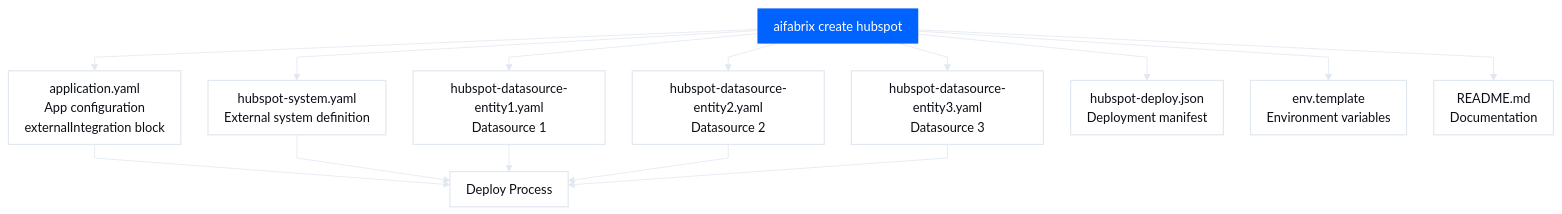
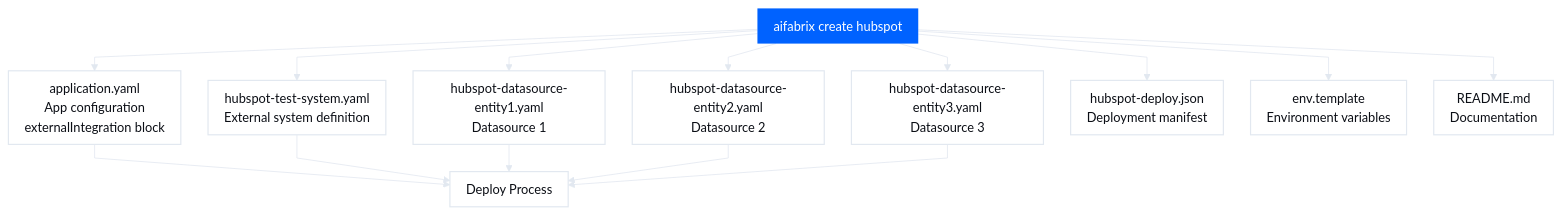
Before and after one commit to esystemsdev/aifabrix-builder: the second of 3 diagrams in docs/external-systems.md, drawn with Mermaid. The commit also changed other lines of this file and 113 other files, not shown here.

````diff
--- a/docs/external-systems.md
+++ b/docs/external-systems.md
@@ -163,49 +163,49 @@
 ```mermaid
 %%{init: {
   "theme": "base",
   "themeVariables": {
     "fontFamily": "Poppins, Arial Rounded MT Bold, Arial, sans-serif",
     "fontSize": "16px",
     "background": "#FFFFFF",
     "primaryColor": "#F8FAFC",
     "primaryTextColor": "#0B0E15",
     "primaryBorderColor": "#E2E8F0",
     "lineColor": "#E2E8F0",
     "textColor": "#0B0E15",
     "borderRadius": 16
   },
   "flowchart": {
     "curve": "linear",
     "nodeSpacing": 34,
     "rankSpacing": 34,
     "padding": 10
   }
 }}%%
 
 flowchart TD
 
 %% =======================
 %% Styles
 %% =======================
 classDef base fill:#FFFFFF,color:#0B0E15,stroke:#E2E8F0,stroke-width:1.5px;
 classDef medium fill:#1E3A8A,color:#ffffff,stroke-width:0px;
 classDef primary fill:#0062FF,color:#ffffff,stroke-width:0px;
 
 %% =======================
 %% Flow
 %% =======================
 Create[aifabrix create hubspot]:::primary --> Variables[application.yaml<br/>App configuration<br/>externalIntegration block]:::base
-Create --> SystemYaml[hubspot-system.yaml<br/>External system definition]:::base
+Create --> SystemYaml[hubspot-test-system.yaml<br/>External system definition]:::base
 Create --> Datasource1[hubspot-datasource-entity1.yaml<br/>Datasource 1]:::base
 Create --> Datasource2[hubspot-datasource-entity2.yaml<br/>Datasource 2]:::base
 Create --> Datasource3[hubspot-datasource-entity3.yaml<br/>Datasource 3]:::base
 Create --> DeployManifest[hubspot-deploy.json<br/>Deployment manifest]:::base
 Create --> EnvTemplate[env.template<br/>Environment variables]:::base
 Create --> Readme[README.md<br/>Documentation]:::base
 
 Variables --> Deploy[Deploy Process]:::base
 SystemYaml --> Deploy
 Datasource1 --> Deploy
 Datasource2 --> Deploy
 Datasource3 --> Deploy
 ```
````
